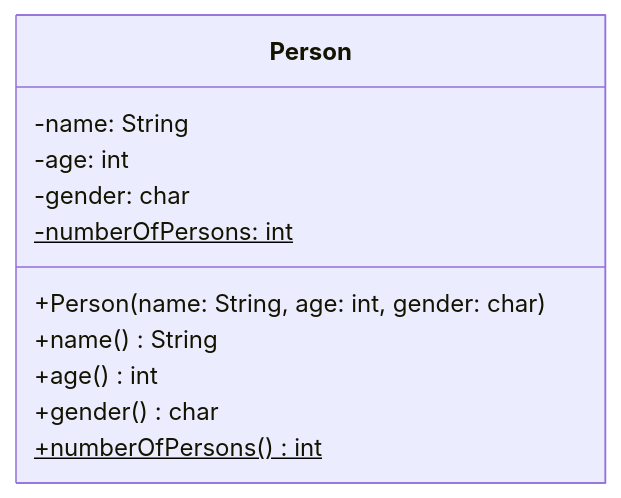
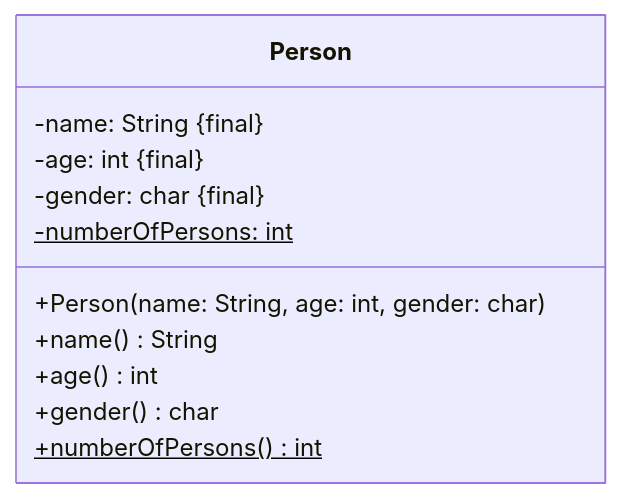
Before and after one commit to jappuccini/java-docs: the first of 11 diagrams in docs/documentation/uml/class-diagrams.mdx, drawn with Mermaid. The commit also changed other lines of this file and 33 other files, not shown here.

````diff
--- a/docs/documentation/uml/class-diagrams.mdx
+++ b/docs/documentation/uml/class-diagrams.mdx
@@ -44,14 +44,14 @@
 ```mermaid
 classDiagram
     class Person {
-        -name: String
-        -age: int
-        -gender: char
+        -name: String &#123final&#125
+        -age: int &#123final&#125
+        -gender: char &#123final&#125
         -numberOfPersons: int$
         +Person(name: String, age: int, gender: char)
         +name() String
         +age() int
         +gender() char
         +numberOfPersons()$ int
     }
 ```
````
